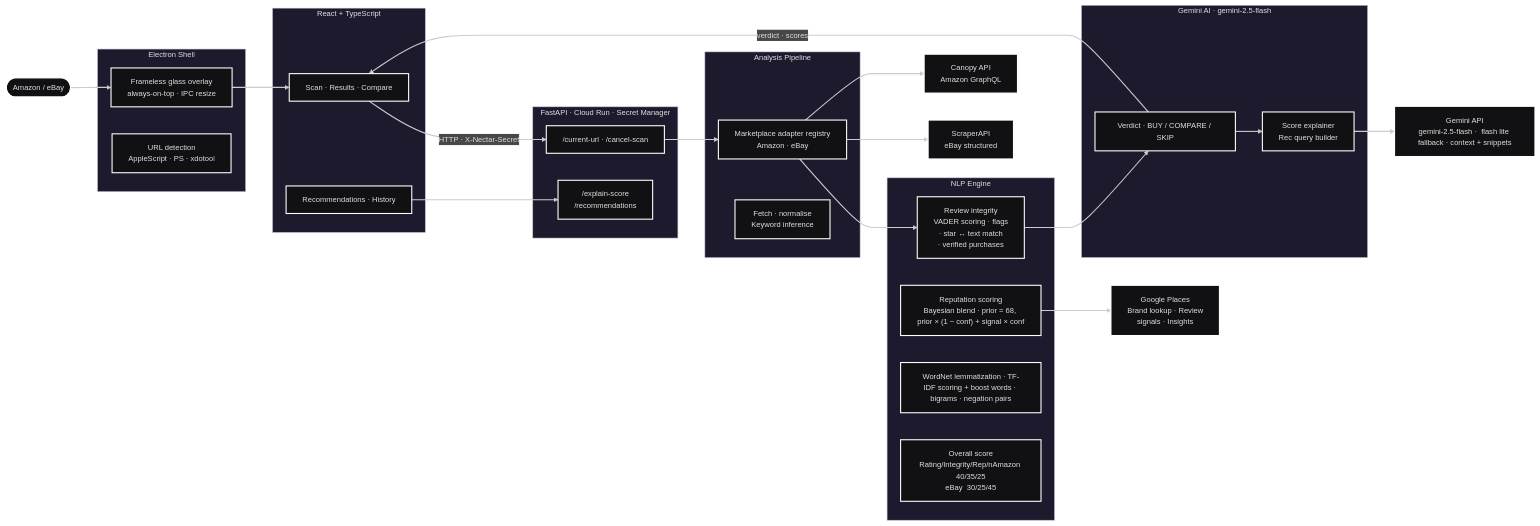
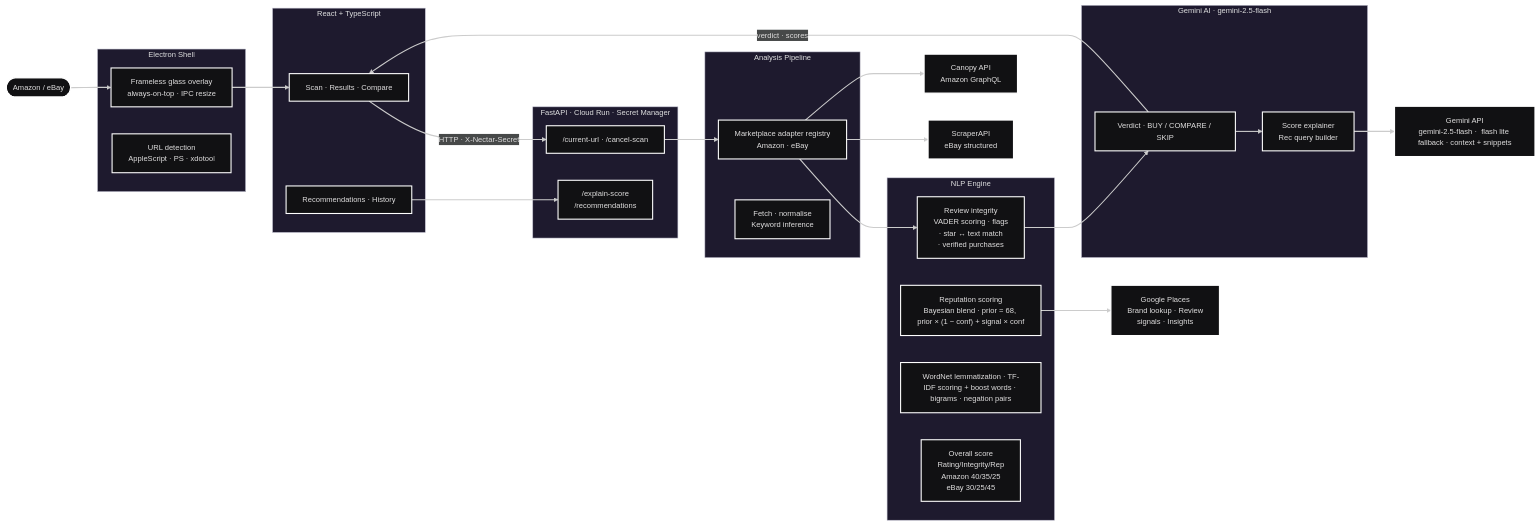
One commit to shivankvirdi/Nectar-GDG changed the diagram in README.md. Above: the diagram before and after it, drawn with Mermaid.

````diff
--- a/README.md
+++ b/README.md
@@ -31,49 +31,49 @@
 ```mermaid
 ---
 config:
   layout: dagre
   theme: redux-dark-color
   look: redux
   fontFamily: '''Source Code Pro Variable'', monospace'
   themeVariables:
     fontFamily: '''Source Code Pro Variable'', monospace'
 ---
 flowchart LR
  subgraph ELECTRON["Electron Shell"]
         E1["Frameless glass overlay\nalways-on-top · IPC resize"]
         E2["URL detection\nAppleScript · PS · xdotool"]
   end
  subgraph REACT["React + TypeScript"]
         R1["Scan · Results · Compare"]
         R2["Recommendations · History"]
   end
  subgraph API["FastAPI · Cloud Run · Secret Manager"]
         A1["/current-url · /cancel-scan"]
         A2["/explain-score\n/recommendations"]
   end
  subgraph PIPELINE["Analysis Pipeline"]
         P1["Marketplace adapter registry\nAmazon · eBay"]
         P2["Fetch · normalise\nKeyword inference"]
   end
  subgraph NLP["NLP Engine"]
         N1["Review integrity\nVADER scoring · flags\n· star ↔ text match\n· verified purchases"]
         N2["Reputation scoring\nBayesian blend · prior = 68, prior × (1 − conf) + signal × conf"]
         N3["WordNet lemmatization · TF-IDF scoring + boost words · bigrams · negation pairs"]
-        N4["Overall score\nRating/Integrity/Rep/nAmazon 40/35/25\neBay  30/25/45"]
+        N4["Overall score\nRating/Integrity/Rep\nAmazon 40/35/25\neBay  30/25/45"]
   end
  subgraph AILAY["Gemini AI · gemini-2.5-flash"]
         G1["Verdict · BUY / COMPARE / SKIP"]
         G2["Score explainer\nRec query builder"]
   end
     USER(["Amazon / eBay"]) --> E1
     E1 --> R1
     A1 --> P1
     P1 --> N1 & CANOPY["Canopy API\nAmazon GraphQL"] & SCRAPER["ScraperAPI\neBay structured"]
     N1 --> G1
     G1 -- verdict · scores --> R1
     N2 --> PLACES["Google Places\nBrand lookup · Review\nsignals · Insights"]
     G1 --> G2
     G2 --> GAPI["Gemini API\ngemini-2.5-flash ·  flash lite fallback · context + snippets"]
     R1 -- "HTTP · X-Nectar-Secret" --> A1
     R2 --> A2
 ```
````
